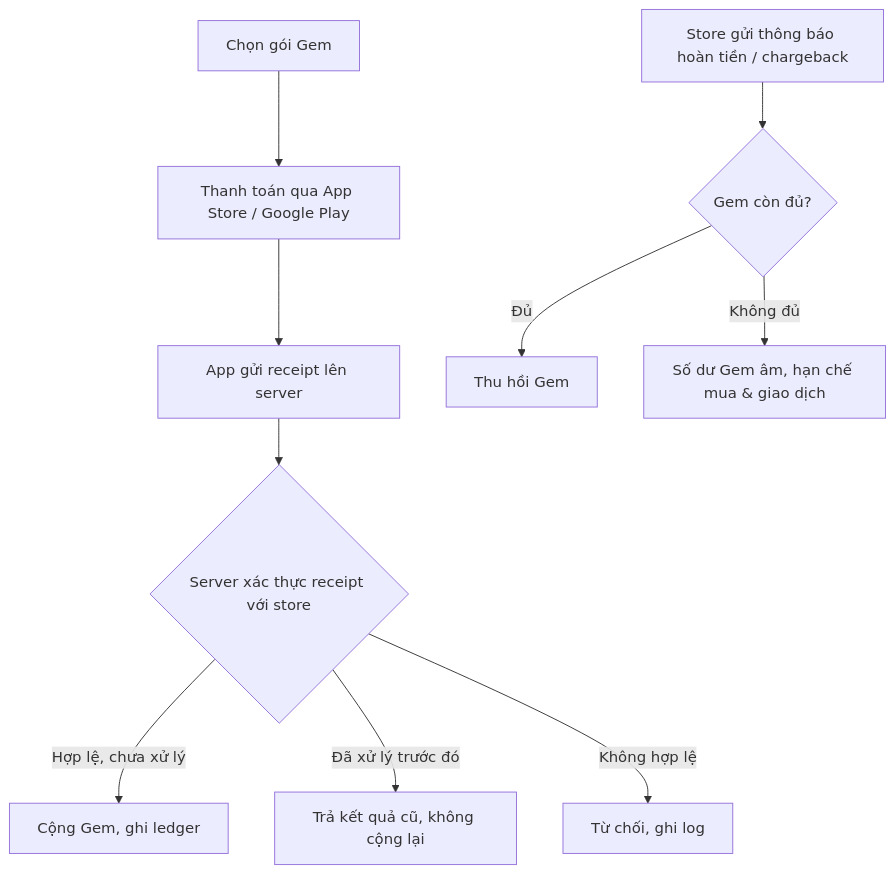
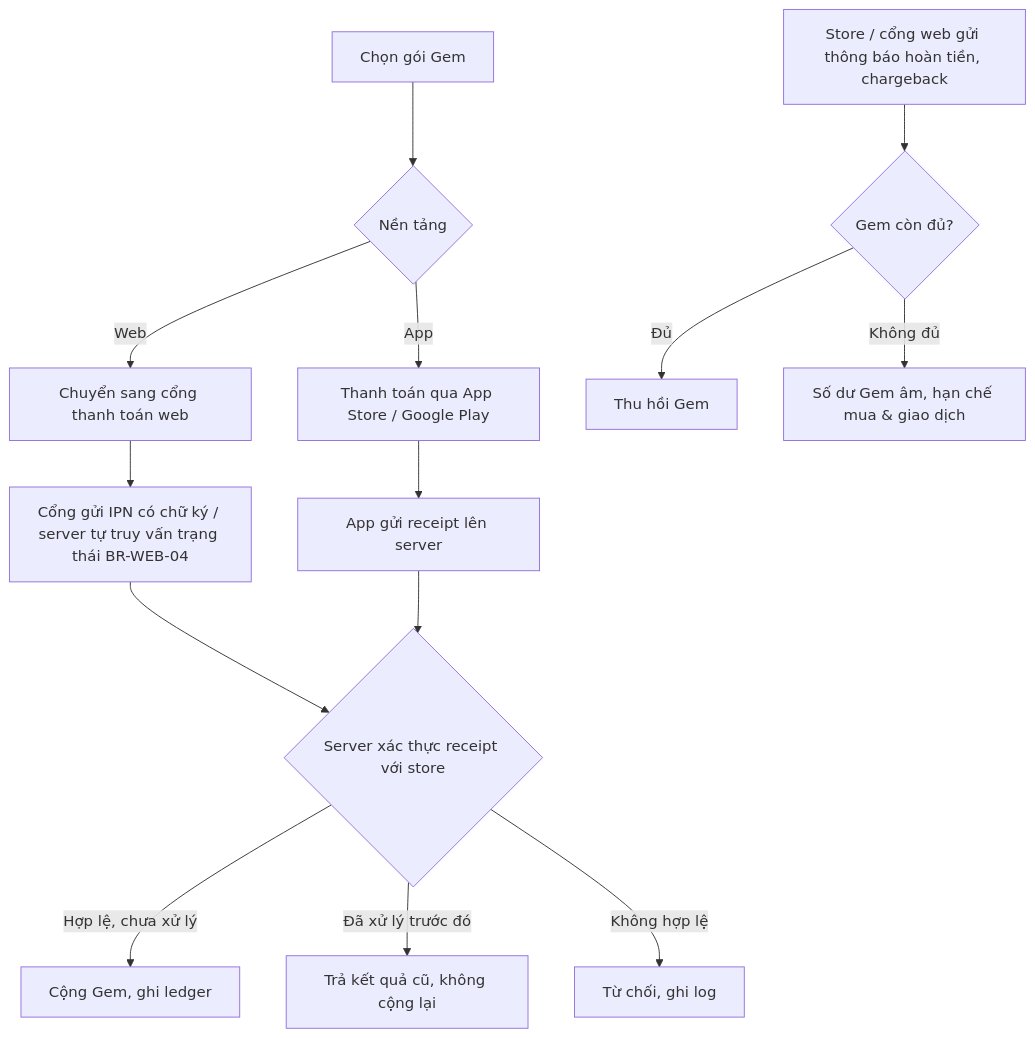
The sixth of 9 diagrams in docs/BRD_ANIMA.md (huynhdien1610/ClaudeCode), drawn with Mermaid before and after one commit. The commit also changed other lines of this file and 12 other files, not shown here.

````diff
--- a/docs/BRD_ANIMA.md
+++ b/docs/BRD_ANIMA.md
@@ -438,12 +465,16 @@
 ```mermaid
 flowchart TD
-    A[Chọn gói Gem] --> B[Thanh toán qua App Store / Google Play]
+    A[Chọn gói Gem] --> P{Nền tảng}
+    P -- App --> B[Thanh toán qua App Store / Google Play]
+    P -- Web --> W[Chuyển sang cổng thanh toán web]
+    W --> W2[Cổng gửi IPN có chữ ký / server tự truy vấn trạng thái BR-WEB-04]
+    W2 --> D
     B --> C[App gửi receipt lên server]
     C --> D{Server xác thực receipt với store}
     D -- Hợp lệ, chưa xử lý --> E[Cộng Gem, ghi ledger]
     D -- Đã xử lý trước đó --> F[Trả kết quả cũ, không cộng lại]
     D -- Không hợp lệ --> G[Từ chối, ghi log]
-    H[Store gửi thông báo hoàn tiền / chargeback] --> I{Gem còn đủ?}
+    H[Store / cổng web gửi thông báo hoàn tiền, chargeback] --> I{Gem còn đủ?}
     I -- Đủ --> J[Thu hồi Gem]
     I -- Không đủ --> K[Số dư Gem âm, hạn chế mua & giao dịch]
 ```
````
